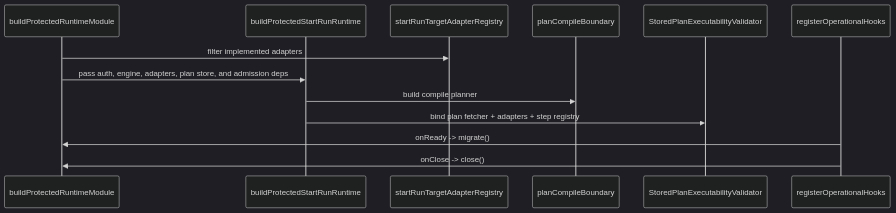
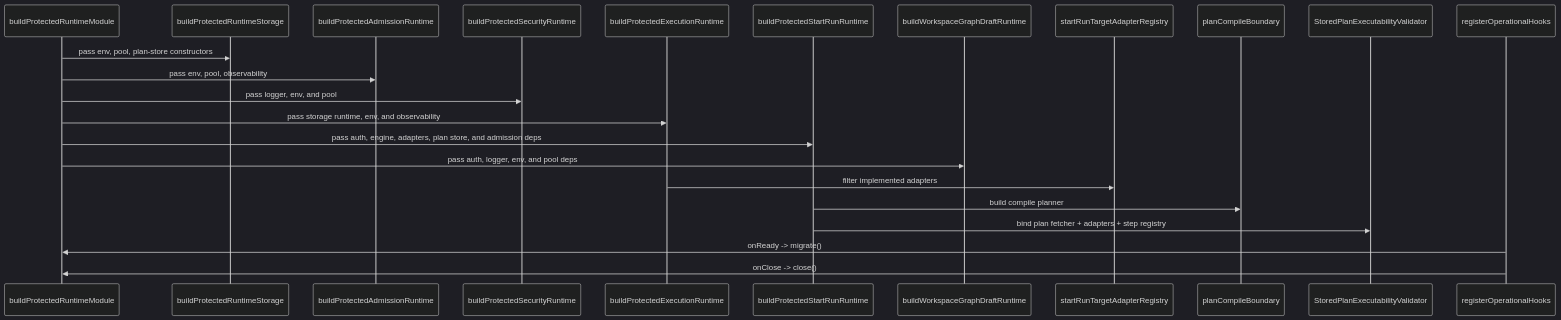
Before and after one commit to dunay2/dvt: the second of 2 diagrams in docs/architecture/components/api/protected-runtime-and-plan-compile-component.md, drawn with Mermaid (dark theme). The commit also changed other lines of this file and 21 other files, not shown here.

Commit message:
refactor(api): Extract protected runtime dependency builders

````diff
--- a/docs/architecture/components/api/protected-runtime-and-plan-compile-component.md
+++ b/docs/architecture/components/api/protected-runtime-and-plan-compile-component.md
@@ -103,16 +189,26 @@
 ```mermaid
 sequenceDiagram
     participant Boot as buildProtectedRuntimeModule
+    participant Storage as buildProtectedRuntimeStorage
+    participant Admission as buildProtectedAdmissionRuntime
+    participant Security as buildProtectedSecurityRuntime
+    participant Execution as buildProtectedExecutionRuntime
     participant StartRun as buildProtectedStartRunRuntime
+    participant GraphDraft as buildWorkspaceGraphDraftRuntime
     participant Registry as startRunTargetAdapterRegistry
     participant Compile as planCompileBoundary
     participant Validator as StoredPlanExecutabilityValidator
     participant Hooks as registerOperationalHooks
 
-    Boot->>Registry: filter implemented adapters
+    Boot->>Storage: pass env, pool, plan-store constructors
+    Boot->>Admission: pass env, pool, observability
+    Boot->>Security: pass logger, env, and pool
+    Boot->>Execution: pass storage runtime, env, and observability
     Boot->>StartRun: pass auth, engine, adapters, plan store, and admission deps
+    Boot->>GraphDraft: pass auth, logger, env, and pool deps
+    Execution->>Registry: filter implemented adapters
     StartRun->>Compile: build compile planner
     StartRun->>Validator: bind plan fetcher + adapters + step registry
     Hooks->>Boot: onReady -> migrate()
     Hooks->>Boot: onClose -> close()
 ```
````
